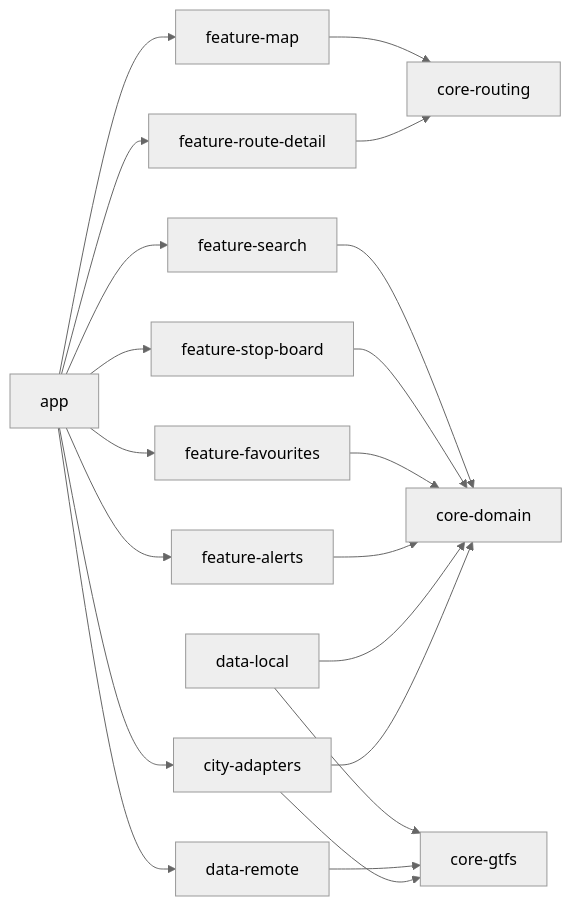
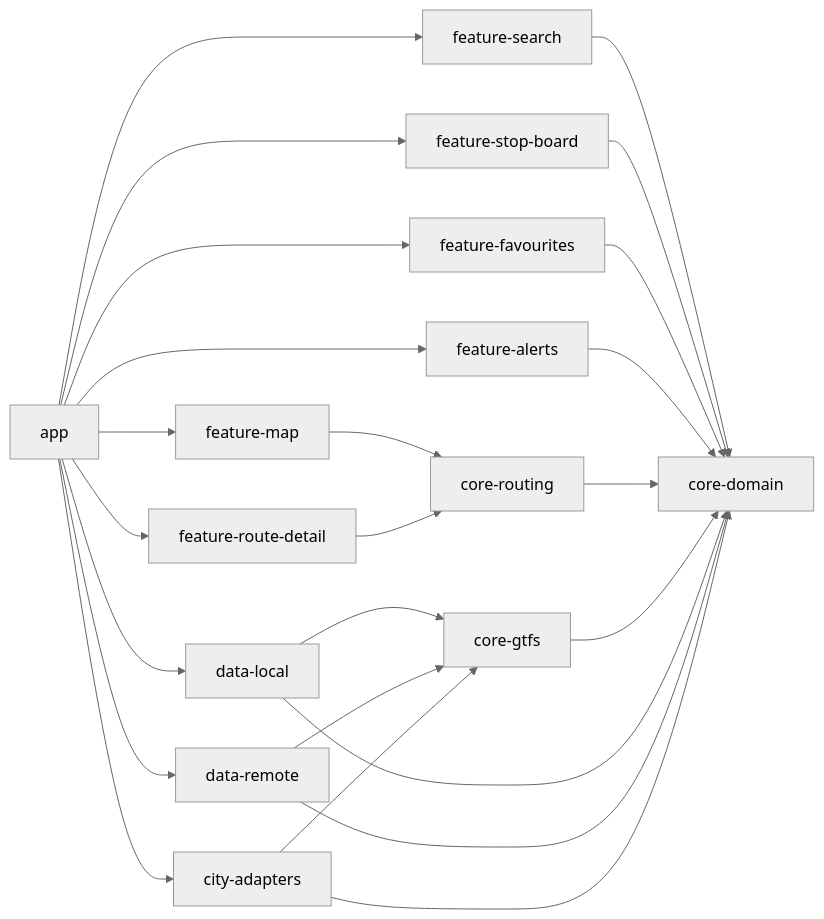
The diagram in docs/CODEBASE_IMPACT_MAP.md (Fuuduuu/ANDROBUSS), drawn with Mermaid (neutral theme) before and after one commit. The commit also changed other lines of this file and 16 other files, not shown here.

Commit message:
docs: sync architecture state and diagrams

````diff
--- a/docs/CODEBASE_IMPACT_MAP.md
+++ b/docs/CODEBASE_IMPACT_MAP.md
@@ -68,22 +73,29 @@
 ```mermaid
 flowchart LR
-    app --> feature_map[feature-map]
-    app --> feature_search[feature-search]
-    app --> feature_stop_board[feature-stop-board]
-    app --> feature_route_detail[feature-route-detail]
-    app --> feature_favourites[feature-favourites]
-    app --> feature_alerts[feature-alerts]
-    feature_map --> core_routing[core-routing]
-    feature_search --> core_domain[core-domain]
+    app --> feature_map["feature-map"]
+    app --> feature_search["feature-search"]
+    app --> feature_stop_board["feature-stop-board"]
+    app --> feature_route_detail["feature-route-detail"]
+    app --> feature_favourites["feature-favourites"]
+    app --> feature_alerts["feature-alerts"]
+    app --> data_local["data-local"]
+    app --> data_remote["data-remote"]
+    app --> city_adapters["city-adapters"]
+
+    feature_map --> core_routing["core-routing"]
+    feature_route_detail --> core_routing
+    feature_search --> core_domain["core-domain"]
     feature_stop_board --> core_domain
-    feature_route_detail --> core_routing
     feature_favourites --> core_domain
     feature_alerts --> core_domain
-    data_local[data-local] --> core_domain
-    data_local --> core_gtfs[core-gtfs]
+
+    core_routing --> core_domain
+    core_gtfs["core-gtfs"] --> core_domain
+
+    data_local --> core_domain
+    data_local --> core_gtfs
+    data_remote --> core_domain
     data_remote --> core_gtfs
-    app --> data_remote[data-remote]
-    app --> city_adapters[city-adapters]
+    city_adapters --> core_domain
     city_adapters --> core_gtfs
-    city_adapters --> core_domain
 ```
````
